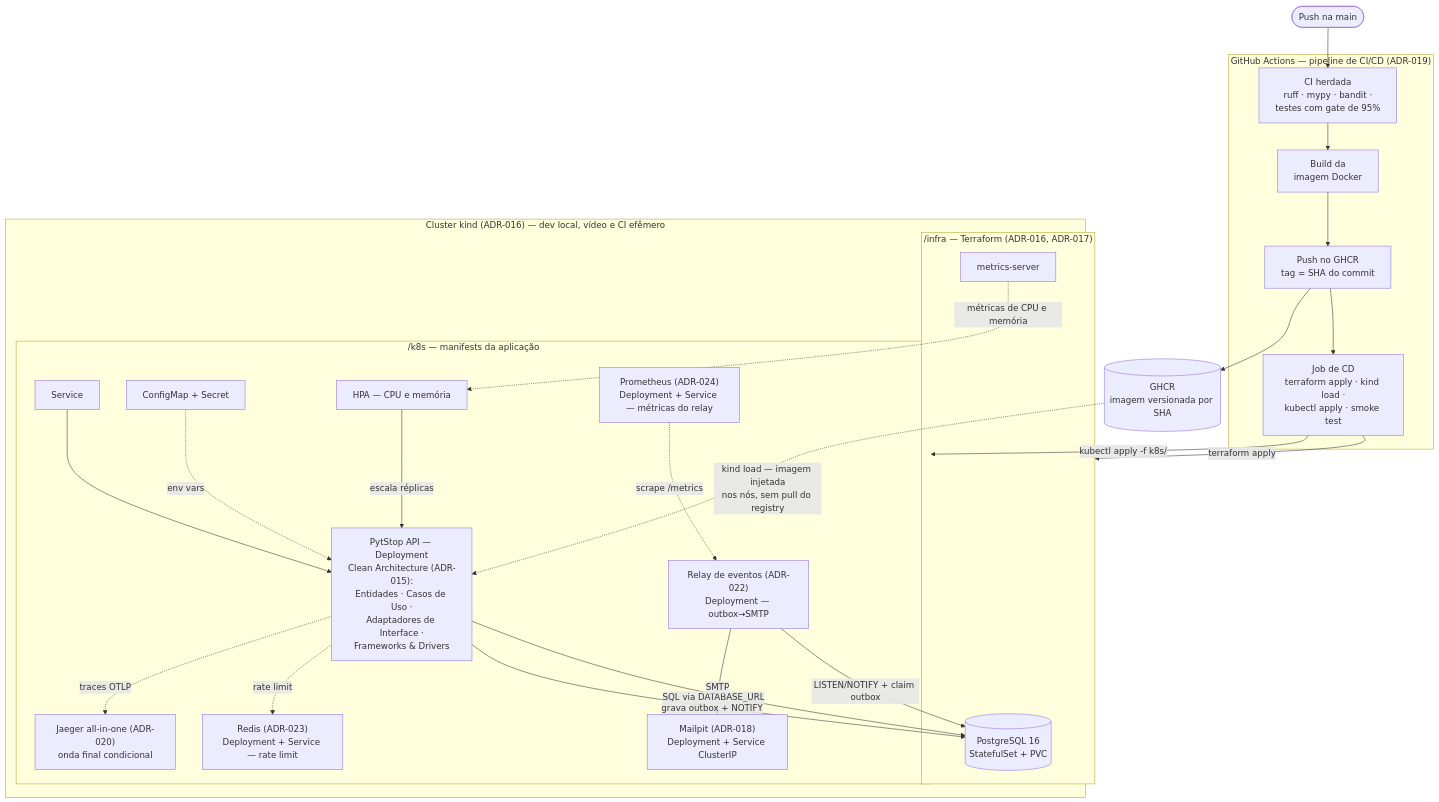
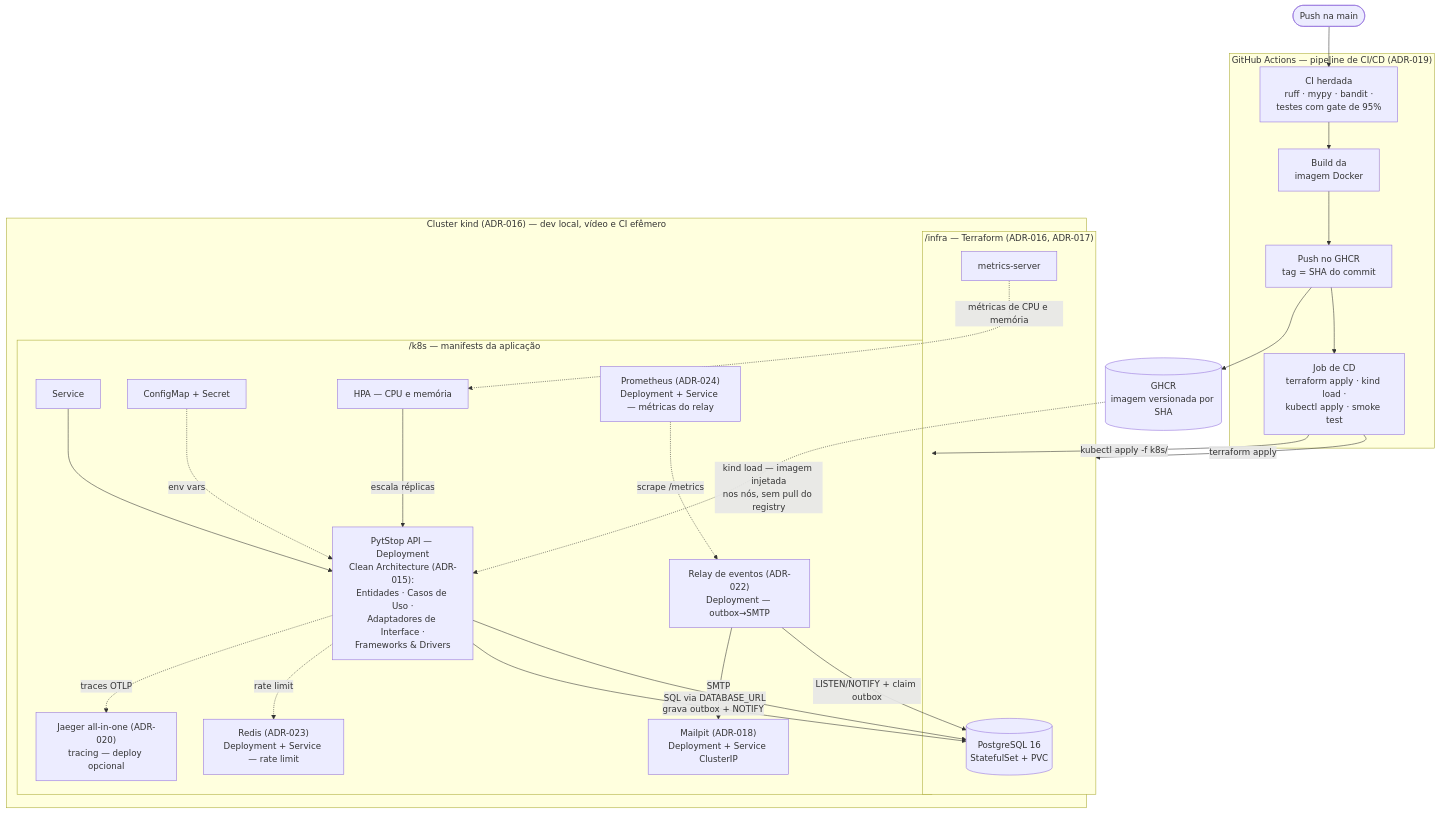
The diagram in README.md (fiap-postech-sw-architecture/postech-sw-arch-p2), drawn with Mermaid before and after one commit. The commit also changed 4 other files, not shown here.

````diff
--- a/README.md
+++ b/README.md
@@ -37,47 +37,47 @@
 ```mermaid
 flowchart TB
     push_main(["Push na main"]) --> ci_stage
 
     subgraph gha["GitHub Actions — pipeline de CI/CD (ADR-019)"]
         ci_stage["CI herdada<br/>ruff · mypy · bandit ·<br/>testes com gate de 95%"] --> build_img["Build da<br/>imagem Docker"]
         build_img --> publish["Push no GHCR<br/>tag = SHA do commit"]
         publish --> cd_job["Job de CD<br/>terraform apply · kind load ·<br/>kubectl apply · smoke test"]
     end
 
     ghcr[("GHCR<br/>imagem versionada por SHA")]
     publish --> ghcr
 
     cd_job -->|"terraform apply"| infra_tf
     cd_job -->|"kubectl apply -f k8s/"| k8s_app
     ghcr -.->|"kind load — imagem injetada<br/>nos nós, sem pull do registry"| app
 
     subgraph cluster["Cluster kind (ADR-016) — dev local, vídeo e CI efêmero"]
         subgraph infra_tf["/infra — Terraform (ADR-016, ADR-017)"]
             pg[("PostgreSQL 16<br/>StatefulSet + PVC")]
             ms["metrics-server"]
         end
         subgraph k8s_app["/k8s — manifests da aplicação"]
             svc["Service"]
             app["PytStop API — Deployment<br/>Clean Architecture (ADR-015):<br/>Entidades · Casos de Uso ·<br/>Adaptadores de Interface ·<br/>Frameworks & Drivers"]
             cfg["ConfigMap + Secret"]
             hpa["HPA — CPU e memória"]
             mailpit["Mailpit (ADR-018)<br/>Deployment + Service ClusterIP"]
-            jaeger["Jaeger all-in-one (ADR-020)<br/>onda final condicional"]
+            jaeger["Jaeger all-in-one (ADR-020)<br/>tracing — deploy opcional"]
             relay["Relay de eventos (ADR-022)<br/>Deployment — outbox→SMTP"]
             redis["Redis (ADR-023)<br/>Deployment + Service — rate limit"]
             prometheus["Prometheus (ADR-024)<br/>Deployment + Service — métricas do relay"]
         end
     end
 
     svc --> app
     cfg -.->|"env vars"| app
     hpa -->|"escala réplicas"| app
     ms -.->|"métricas de CPU e memória"| hpa
     app -->|"SQL via DATABASE_URL"| pg
     app -->|"grava outbox + NOTIFY"| pg
     relay -->|"LISTEN/NOTIFY + claim outbox"| pg
     relay -->|"SMTP"| mailpit
     app -.->|"rate limit"| redis
     app -.->|"traces OTLP"| jaeger
     prometheus -.->|"scrape /metrics"| relay
 ```
````
